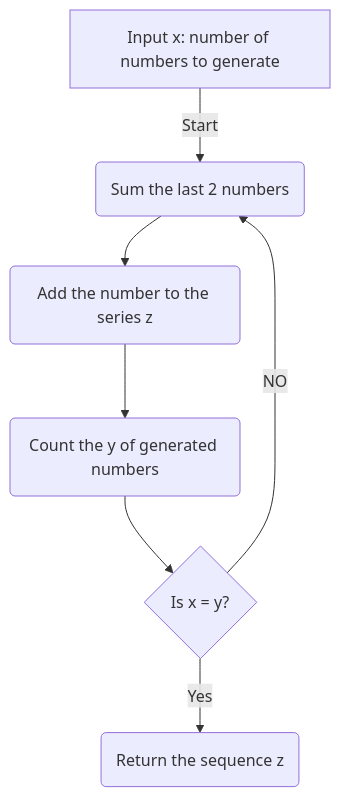
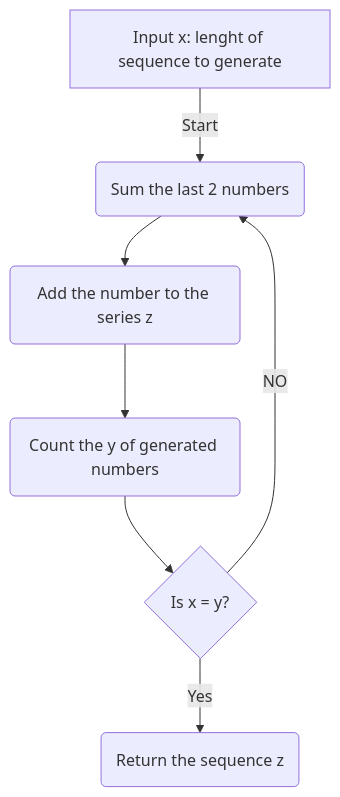
Before and after one commit to Wario84/MAT_2409_DATA_ANALYSIS_II: the first of 2 diagrams in _posts/2022-02-29-w5_2_Lecture_05.markdown, drawn with Mermaid.

Commit message:
Change in the lecture 05

```diff
--- a/_posts/2022-02-29-w5_2_Lecture_05.markdown
+++ b/_posts/2022-02-29-w5_2_Lecture_05.markdown
@@ -36,9 +36,9 @@
     <div class="mermaid">
     graph TD
-    A[Input x: number of numbers to generate] -->|Start| B(Sum the last 2 numbers)
+    A[Input x: lenght of sequence to generate] -->|Start| B(Sum the last 2 numbers)
     B--> C(Add the number to the series z)
     C--> D(Count the y of generated numbers)
     D--> Z{Is x = y?}
     Z--> |NO| B
     Z--> |Yes| R(Return the sequence z)
     </div>
```
